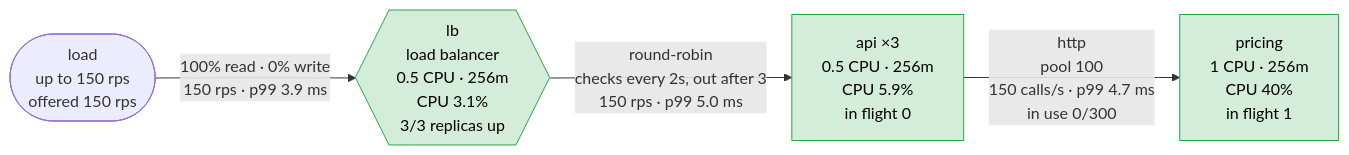
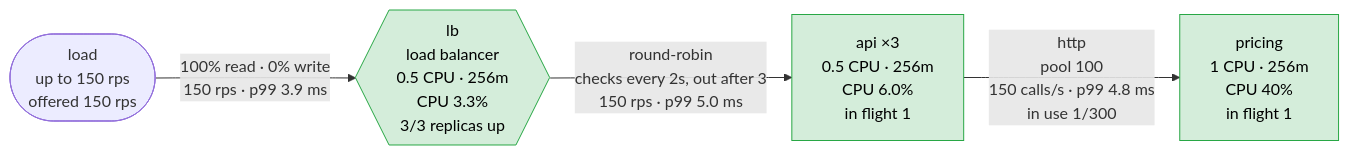
The first of 5 diagrams in scenarios/slow-dependency/solutions/fewer-retries/report.md (akinfemi/load-lore), drawn with Mermaid before and after one commit. The commit also changed other lines of this file and 23 other files, not shown here.

````diff
--- a/scenarios/slow-dependency/solutions/fewer-retries/report.md
+++ b/scenarios/slow-dependency/solutions/fewer-retries/report.md
@@ -15,14 +15,14 @@
 ```mermaid
 flowchart LR
     load(["load<br/>up to 150 rps<br/>offered 150 rps"])
-    lb{{"lb<br/>load balancer<br/>0.5 CPU · 256m<br/>CPU 3.1%<br/>3/3 replicas up"}}
-    api["api ×3<br/>0.5 CPU · 256m<br/>CPU 5.9%<br/>in flight 0"]
+    lb{{"lb<br/>load balancer<br/>0.5 CPU · 256m<br/>CPU 3.3%<br/>3/3 replicas up"}}
+    api["api ×3<br/>0.5 CPU · 256m<br/>CPU 6.0%<br/>in flight 1"]
     pricing["pricing<br/>1 CPU · 256m<br/>CPU 40%<br/>in flight 1"]
     load -->|"100% read · 0% write<br/>150 rps · p99 3.9 ms"| lb
     lb -->|"round-robin<br/>checks every 2s, out after 3<br/>150 rps · p99 5.0 ms"| api
-    api -->|"http<br/>pool 100<br/>150 calls/s · p99 4.7 ms<br/>in use 0/300"| pricing
+    api -->|"http<br/>pool 100<br/>150 calls/s · p99 4.8 ms<br/>in use 1/300"| pricing
     classDef ok fill:#d4edda,stroke:#28a745,color:#000
     classDef warm fill:#fff3cd,stroke:#d39e00,color:#000
     classDef hot fill:#f8d7da,stroke:#dc3545,color:#000
     class lb,api,pricing ok
 ```
````
